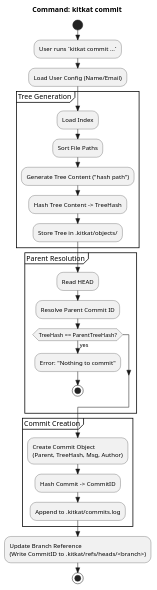
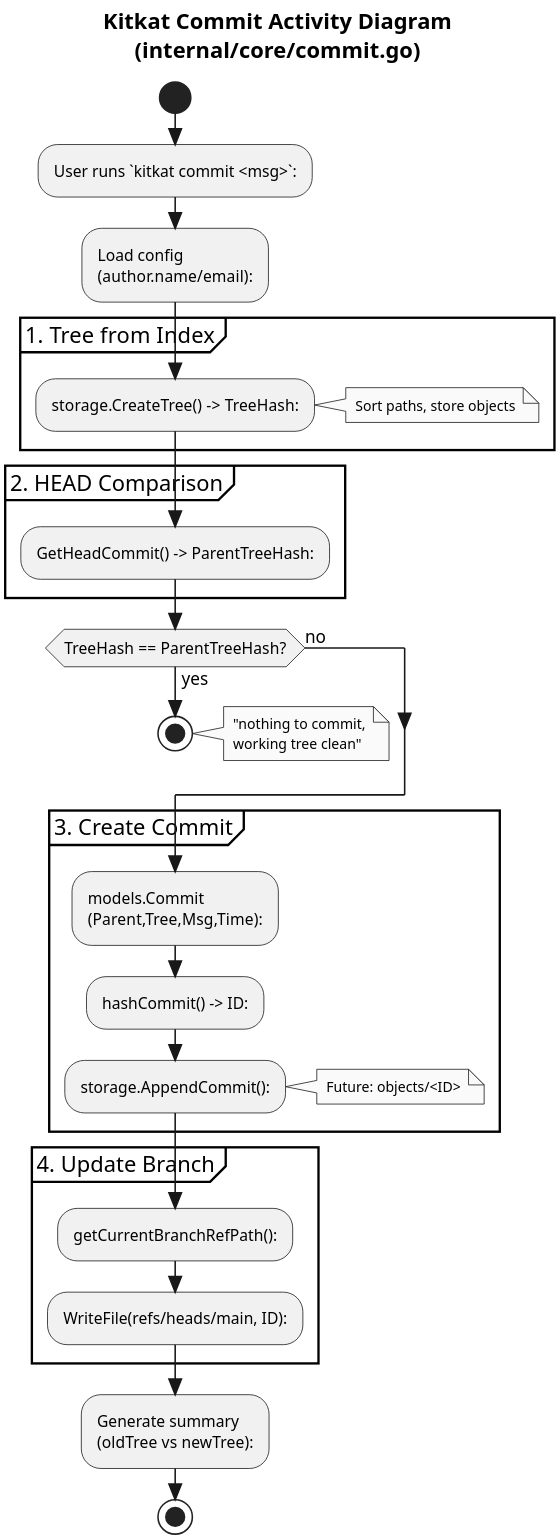
The diagram in docs/architecture/commit/commit.puml (LeeFred3042U/kitkat), drawn with PlantUML before and after one commit. The commit also changed 1 other file, not shown here.

Commit message:
docs: Activity Diagram for commit Command (#104)

```diff
--- a/docs/architecture/commit/commit.puml
+++ b/docs/architecture/commit/commit.puml
@@ -1,35 +1,44 @@
 @startuml commit
-title Command: kitkat commit
+title Kitkat Commit Activity Diagram\n(internal/core/commit.go)
 skinparam style strictuml
+skinparam monochrome true
+skinparam shadowing false
+skinparam dpi 300
+skinparam activityFontSize 10
+skinparam noteFontSize 9
+
 start
-:User runs `kitkat commit ...`;
-:Load User Config (Name/Email);
+:User runs `kitkat commit <msg>`:;
 
-partition "Tree Generation" {
-  :Load Index;
-  :Sort File Paths;
-  :Generate Tree Content ("hash path");
-  :Hash Tree Content -> TreeHash;
-  :Store Tree in .kitkat/objects/;
+:Load config\n(author.name/email):;
+
+partition "1. Tree from Index" {
+  :storage.CreateTree() -> TreeHash:;
+  note right: Sort paths, store objects
 }
 
-partition "Parent Resolution" {
-  :Read HEAD;
-  :Resolve Parent Commit ID;
-  if (TreeHash == ParentTreeHash?) then (yes)
-    :Error: "Nothing to commit";
-    stop
-  endif
+partition "2. HEAD Comparison" {
+  :GetHeadCommit() -> ParentTreeHash:;
 }
 
-partition "Commit Creation" {
-  :Create Commit Object
-  (Parent, TreeHash, Msg, Author);
-  :Hash Commit -> CommitID;
-  :Append to .kitkat/commits.log;
+if (TreeHash == ParentTreeHash?) then (yes)
+  stop
+  note right: "nothing to commit,\nworking tree clean"
+else (no)
+endif
+
+partition "3. Create Commit" {
+  :models.Commit\n(Parent,Tree,Msg,Time):;
+  :hashCommit() -> ID:;
+  :storage.AppendCommit():;
+  note right: Future: objects/<ID>
 }
 
-:Update Branch Reference
-(Write CommitID to .kitkat/refs/heads/<branch>);
+partition "4. Update Branch" {
+  :getCurrentBranchRefPath():;
+  :WriteFile(refs/heads/main, ID):;
+}
+
+:Generate summary\n(oldTree vs newTree):;
 stop
 @enduml
```
